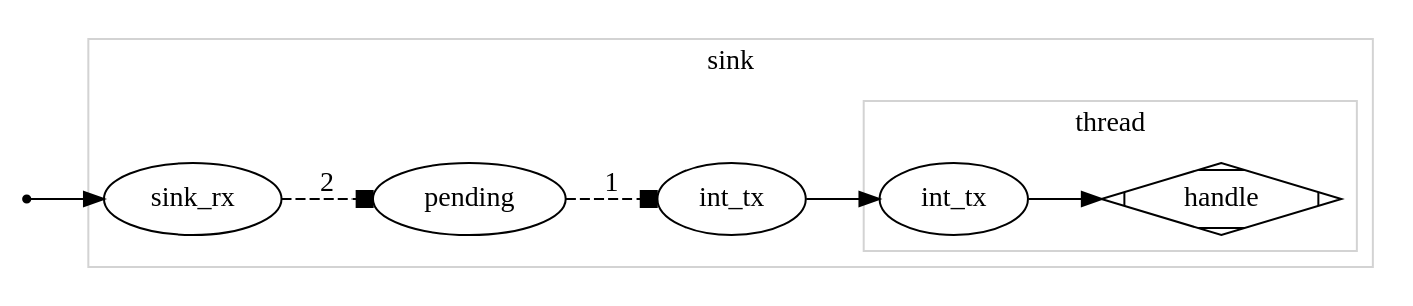
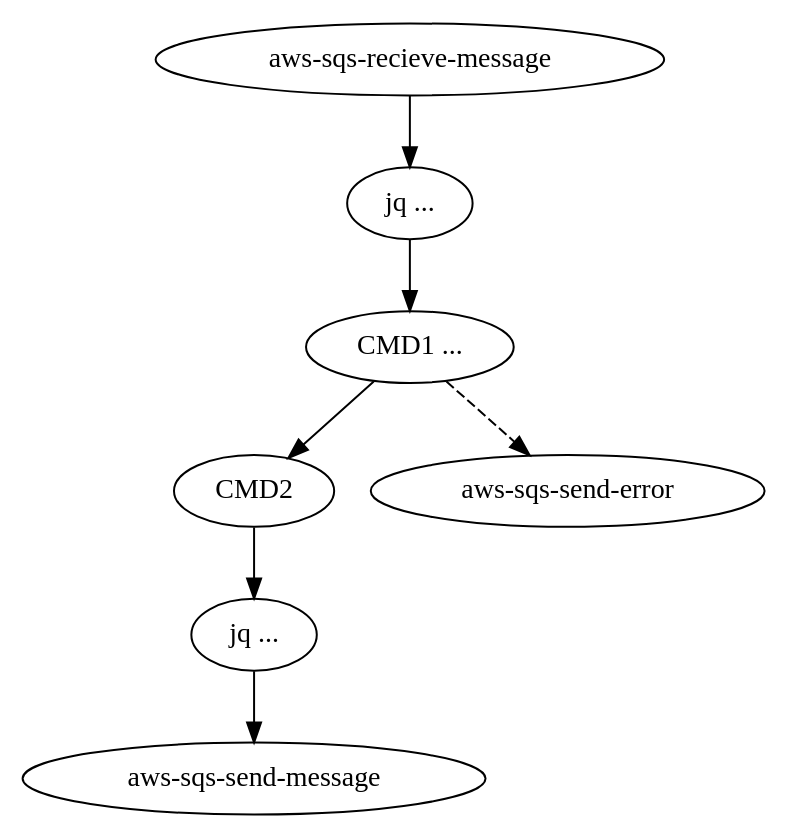
One commit to forbesmyester/pipeawesome changed the third of 3 diagrams in README.src.md. Above: the diagram before and after it, drawn with Graphviz. The commit also changed other lines of this file and 9 other files, not shown here.

````diff
--- a/README.src.md
+++ b/README.src.md
@@ -79,29 +121,13 @@
 ```dot
-digraph G {
-
-    rankdir="LR";
-
-    subgraph cluster_sink {
-        label = "sink";
-        color=lightgrey;
-
-        subgraph cluster_sink_thread {
-            label="thread"
-            sink_handle [shape=Mdiamond, label=handle]
-            sink_int_rx [label=int_tx]
-        }
-        sink_int_tx [label=int_tx]
-        sink_pending [label=pending]
-
-        sink_pending -> sink_int_tx [style=dashed, arrowhead=box, label=1]
-        sink_int_tx -> sink_int_rx -> sink_handle
-        sink_rx -> sink_pending [style=dashed, arrowhead=box, label=2]
-
-    }
-
-    sink_tx [shape=point]
-    sink_tx -> sink_rx
-
+digraph {
+    0 [ label = "aws-sqs-recieve-message" ]
+    2 [ label = "jq ..." ]
+    4 [ label = "CMD1 ..." ]
+    7 [ label = "CMD2" ]
+    9 [ label = "jq ..." ]
+    11 [ label = "aws-sqs-send-message" ]
+    12 [ label = "aws-sqs-send-error" ]
+    0 -> 2 -> 4 -> 7 -> 9 -> 11
+    4 -> 12 [style="dashed"]
 }
-
 ```
````
